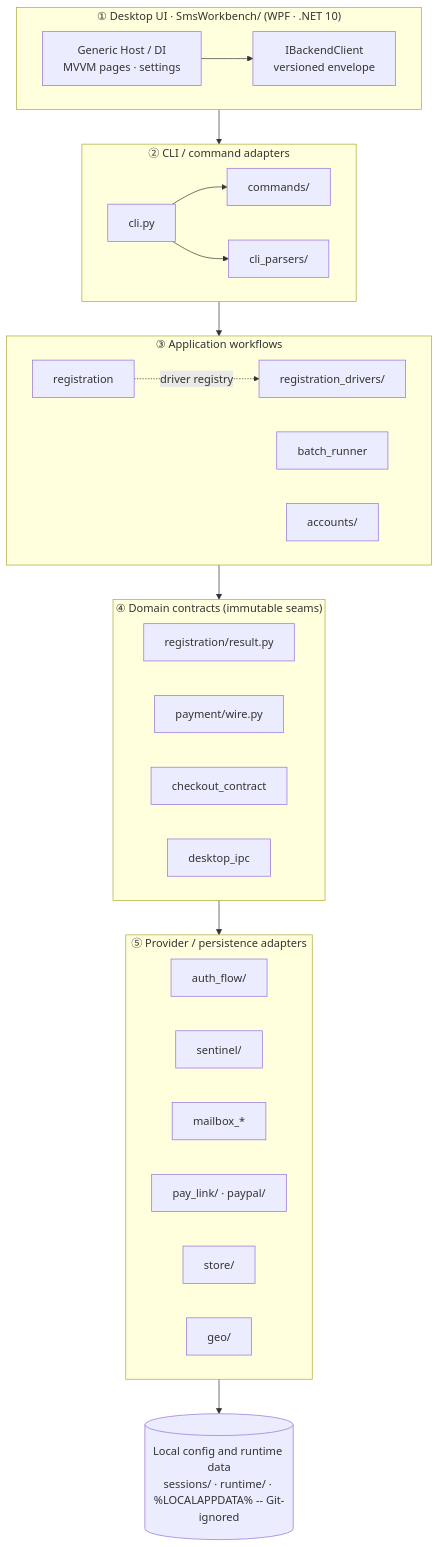
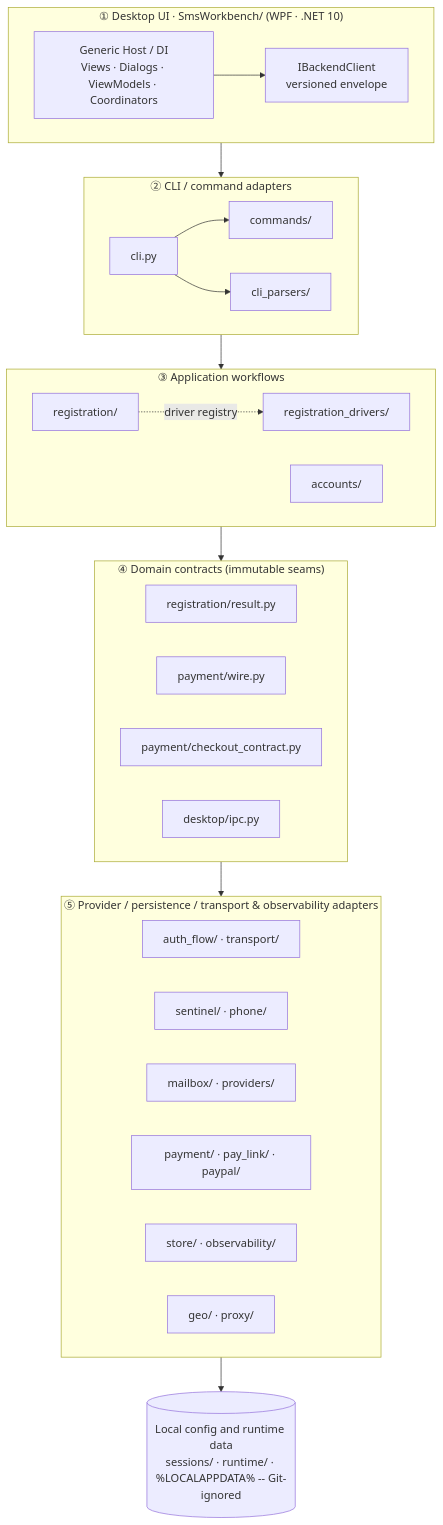
The diagram in README_EN.md (2951461586/GPT-Register-Tool), drawn with Mermaid before and after one commit. The commit also changed other lines of this file and 589 other files, not shown here.

````diff
--- a/README_EN.md
+++ b/README_EN.md
@@ -55,51 +55,50 @@
 ```mermaid
 flowchart TB
     subgraph L1["① Desktop UI · SmsWorkbench/ (WPF · .NET 10)"]
         direction LR
-        PANEL["Generic Host / DI<br/>MVVM pages · settings"]
+        PANEL["Generic Host / DI<br/>Views · Dialogs · ViewModels · Coordinators"]
         IPC["IBackendClient<br/>versioned envelope"]
     end
 
     subgraph L2["② CLI / command adapters"]
         direction LR
         CLI["cli.py"]
         CMDS["commands/"]
         PARSERS["cli_parsers/"]
     end
 
     subgraph L3["③ Application workflows"]
         direction LR
-        REG["registration"]
-        BATCH["batch_runner"]
+        REG["registration/"]
         DRV["registration_drivers/"]
         REC["accounts/"]
     end
 
     subgraph L4["④ Domain contracts (immutable seams)"]
         direction LR
         RESULT["registration/result.py"]
         WIRE["payment/wire.py"]
-        CHECKOUT["checkout_contract"]
-        DIPC["desktop_ipc"]
+        CHECKOUT["payment/checkout_contract.py"]
+        DIPC["desktop/ipc.py"]
     end
 
-    subgraph L5["⑤ Provider / persistence adapters"]
+    subgraph L5["⑤ Provider / persistence / transport & observability adapters"]
         direction LR
-        AF["auth_flow/"]
-        SEN["sentinel/"]
-        MB["mailbox_*"]
-        PAY["pay_link/ · paypal/"]
-        STO["store/"]
-        GEO["geo/"]
+        AF["auth_flow/ · transport/"]
+        SEN["sentinel/ · phone/"]
+        MB["mailbox/ · providers/"]
+        PAY["payment/ · pay_link/ · paypal/"]
+        STO["store/ · observability/"]
+        GEO["geo/ · proxy/"]
     end
 
     PANEL --> IPC
     CLI --> CMDS
     CLI --> PARSERS
     REG -. driver registry .-> DRV
     L1 --> L2
     L2 --> L3
     L3 --> L4
     L4 --> L5
     L5 --> DATA[("Local config and runtime data<br/>sessions/ · runtime/ · %LOCALAPPDATA% -- Git-ignored")]
 ```
````
